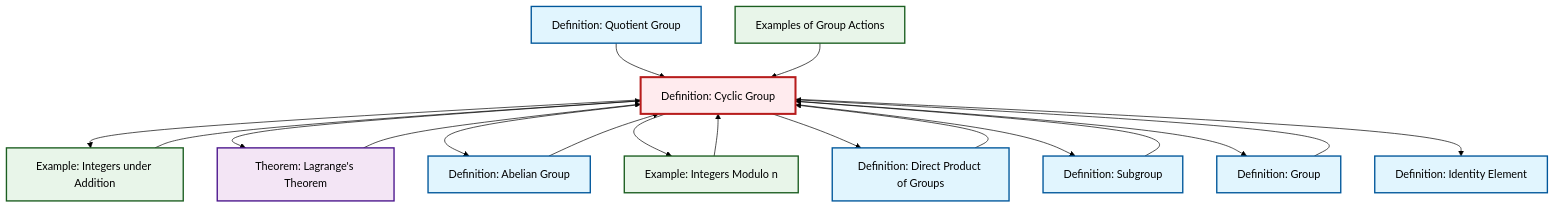
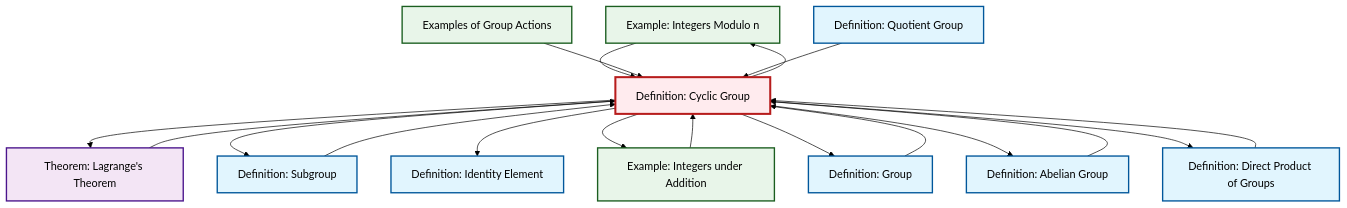
The diagram in content/ja/algebra/def-cyclic-group.qmd (RK0429/ModernMath), drawn with Mermaid (forest theme) before and after one commit. The commit also changed other lines of this file and 497 other files, not shown here.

````diff
--- a/content/ja/algebra/def-cyclic-group.qmd
+++ b/content/ja/algebra/def-cyclic-group.qmd
@@ -99,48 +99,48 @@
 ```{mermaid}
 %%| fig-cap: "Local dependency graph"
 graph TD
     classDef definition fill:#e1f5fe,stroke:#01579b,stroke-width:2px
     classDef theorem fill:#f3e5f5,stroke:#4a148c,stroke-width:2px
     classDef axiom fill:#fff3e0,stroke:#e65100,stroke-width:2px
     classDef example fill:#e8f5e9,stroke:#1b5e20,stroke-width:2px
     classDef current fill:#ffebee,stroke:#b71c1c,stroke-width:3px
-    def-quotient-group["Definition: Quotient Group"]:::definition
-    def-abelian-group["Definition: Abelian Group"]:::definition
-    ex-integers-addition["Example: Integers under Addition"]:::example
     ex-quotient-integers-mod-n["Example: Integers Modulo n"]:::example
     thm-lagrange["Theorem: Lagrange's Theorem"]:::theorem
+    def-quotient-group["Definition: Quotient Group"]:::definition
     def-identity-element["Definition: Identity Element"]:::definition
     def-cyclic-group["Definition: Cyclic Group"]:::definition
+    def-subgroup["Definition: Subgroup"]:::definition
+    def-group["Definition: Group"]:::definition
+    ex-integers-addition["Example: Integers under Addition"]:::example
+    def-abelian-group["Definition: Abelian Group"]:::definition
+    ex-group-action-examples["Examples of Group Actions"]:::example
     def-direct-product["Definition: Direct Product of Groups"]:::definition
-    def-group["Definition: Group"]:::definition
-    ex-group-action-examples["Examples of Group Actions"]:::example
-    def-subgroup["Definition: Subgroup"]:::definition
-    def-cyclic-group --> ex-integers-addition
+    def-cyclic-group --> ex-quotient-integers-mod-n
+    thm-lagrange --> def-cyclic-group
+    ex-integers-addition --> def-cyclic-group
+    def-direct-product --> def-cyclic-group
     def-cyclic-group --> thm-lagrange
-    thm-lagrange --> def-cyclic-group
-    def-cyclic-group --> def-abelian-group
-    ex-integers-addition --> def-cyclic-group
-    def-cyclic-group --> ex-quotient-integers-mod-n
+    def-cyclic-group --> def-subgroup
     ex-quotient-integers-mod-n --> def-cyclic-group
-    def-direct-product --> def-cyclic-group
     def-abelian-group --> def-cyclic-group
     def-group --> def-cyclic-group
+    def-cyclic-group --> def-identity-element
+    def-cyclic-group --> ex-integers-addition
+    def-subgroup --> def-cyclic-group
+    def-cyclic-group --> def-group
+    def-cyclic-group --> def-abelian-group
     def-cyclic-group --> def-direct-product
+    ex-group-action-examples --> def-cyclic-group
     def-quotient-group --> def-cyclic-group
-    ex-group-action-examples --> def-cyclic-group
-    def-cyclic-group --> def-subgroup
-    def-cyclic-group --> def-group
-    def-subgroup --> def-cyclic-group
-    def-cyclic-group --> def-identity-element
     class def-cyclic-group current
-    click def-quotient-group "def-quotient-group.html" "Definition: Quotient Groupへ"
-    click def-abelian-group "def-abelian-group.html" "Definition: Abelian Groupへ"
-    click ex-integers-addition "ex-integers-addition.html" "Example: Integers under Additionへ"
     click ex-quotient-integers-mod-n "ex-quotient-integers-mod-n.html" "Example: Integers Modulo nへ"
     click thm-lagrange "thm-lagrange.html" "Theorem: Lagrange's Theoremへ"
+    click def-quotient-group "def-quotient-group.html" "Definition: Quotient Groupへ"
     click def-identity-element "def-identity-element.html" "Definition: Identity Elementへ"
+    click def-subgroup "def-subgroup.html" "Definition: Subgroupへ"
+    click def-group "def-group.html" "Definition: Groupへ"
+    click ex-integers-addition "ex-integers-addition.html" "Example: Integers under Additionへ"
+    click def-abelian-group "def-abelian-group.html" "Definition: Abelian Groupへ"
+    click ex-group-action-examples "ex-group-action-examples.html" "Examples of Group Actionsへ"
     click def-direct-product "def-direct-product.html" "Definition: Direct Product of Groupsへ"
-    click def-group "def-group.html" "Definition: Groupへ"
-    click ex-group-action-examples "ex-group-action-examples.html" "Examples of Group Actionsへ"
-    click def-subgroup "def-subgroup.html" "Definition: Subgroupへ"
 ```
````
